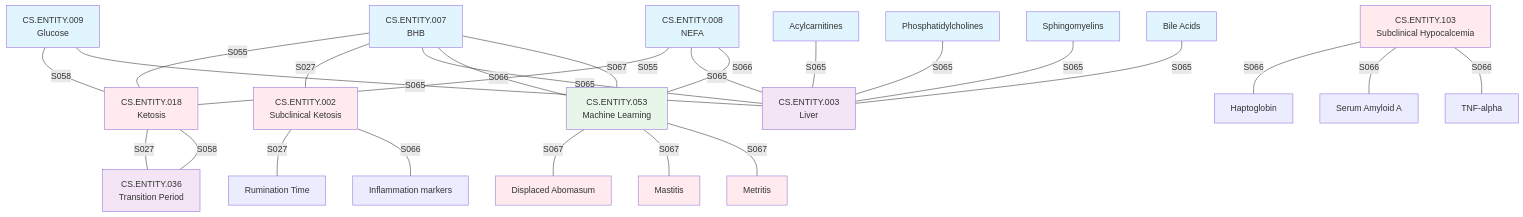
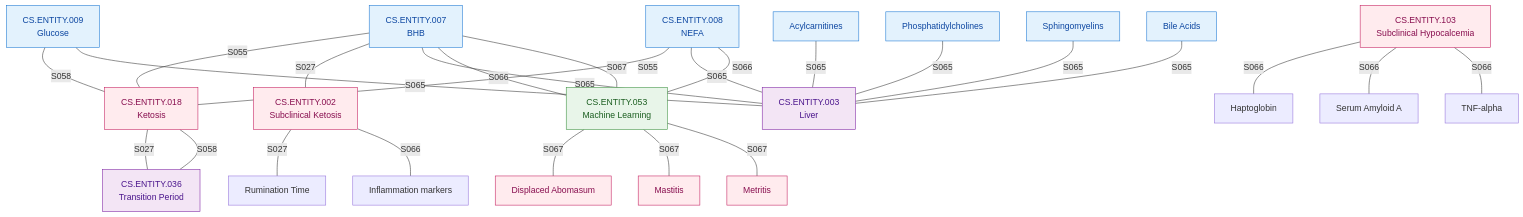
One commit to StanisSerg/PACK-cattle-science changed the first of 6 diagrams in pack/cattle-science/02-domain-entities/03-interpretations/02B10-entity-graph.md. Above: the diagram before and after it, drawn with Mermaid. The commit also changed other lines of this file and 1 other file, not shown here.

First line of the commit message:
WP-75: Update graph colors to lighter pastel palette

````diff
--- a/pack/cattle-science/02-domain-entities/03-interpretations/02B10-entity-graph.md
+++ b/pack/cattle-science/02-domain-entities/03-interpretations/02B10-entity-graph.md
@@ -10,59 +10,59 @@
 ```mermaid
 graph TB
     %% Основные узлы
     BHB[CS.ENTITY.007<br/>BHB]
     NEFA[CS.ENTITY.008<br/>NEFA]
     GLU[CS.ENTITY.009<br/>Glucose]
     KET[CS.ENTITY.018<br/>Ketosis]
     SCK[CS.ENTITY.002<br/>Subclinical Ketosis]
     SCH[CS.ENTITY.103<br/>Subclinical Hypocalcemia]
     LIVER[CS.ENTITY.003<br/>Liver]
     TRANS[CS.ENTITY.036<br/>Transition Period]
     ML[CS.ENTITY.053<br/>Machine Learning]
     
     %% Связи через SoTA
     BHB ---|S055| KET
     BHB ---|S027| SCK
     BHB ---|S065| LIVER
     BHB ---|S066| ML
     BHB ---|S067| ML
     
     NEFA ---|S055| KET
     NEFA ---|S065| LIVER
     NEFA ---|S066| ML
     
     GLU ---|S058| KET
     GLU ---|S065| LIVER
     
     KET ---|S027| TRANS
     KET ---|S058| TRANS
     
     SCK ---|S027| RUM[Rumination Time]
     SCK ---|S066| INFL[Inflammation markers]
     
     SCH ---|S066| Hp[Haptoglobin]
     SCH ---|S066| SAA[Serum Amyloid A]
     SCH ---|S066| TNF[TNF-alpha]
     
     %% Метаболомический кластер
     ACYL[Acylcarnitines] ---|S065| LIVER
     PC[Phosphatidylcholines] ---|S065| LIVER
     SM[Sphingomyelins] ---|S065| LIVER
     BA[Bile Acids] ---|S065| LIVER
     
     %% Предиктивный кластер
     ML ---|S067| DAb[Displaced Abomasum]
     ML ---|S067| MAST[Mastitis]
     ML ---|S067| METR[Metritis]
     
-    %% Стиль
-    classDef metabolite fill:#e1f5fe
-    classDef disease fill:#ffebee
-    classDef system fill:#f3e5f5
-    classDef method fill:#e8f5e9
+    %% Стиль — светлые пастельные цвета
+    classDef metabolite fill:#e3f2fd,stroke:#1976d2,color:#0d47a1
+    classDef disease fill:#ffebee,stroke:#c2185b,color:#880e4f
+    classDef system fill:#f3e5f5,stroke:#7b1fa2,color:#4a148c
+    classDef method fill:#e8f5e9,stroke:#388e3c,color:#1b5e20
     
     class BHB,NEFA,GLU,ACYL,PC,SM,BA metabolite
     class KET,SCK,SCH,DAb,MAST,METR disease
     class LIVER,TRANS system
     class ML method
 ```
````
